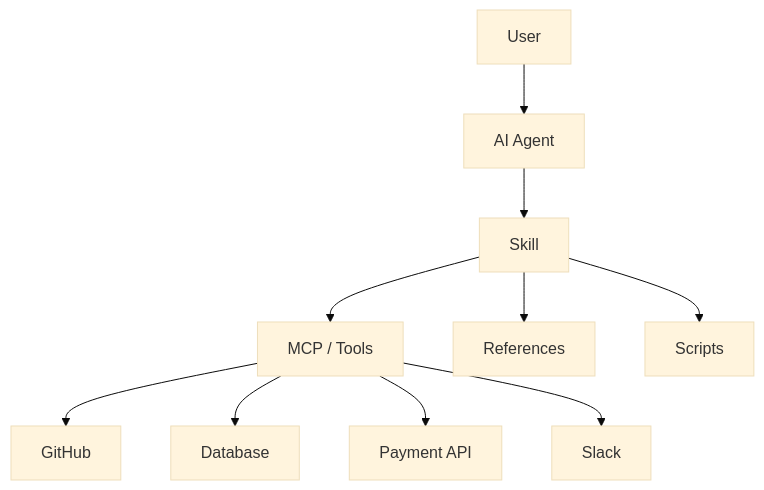
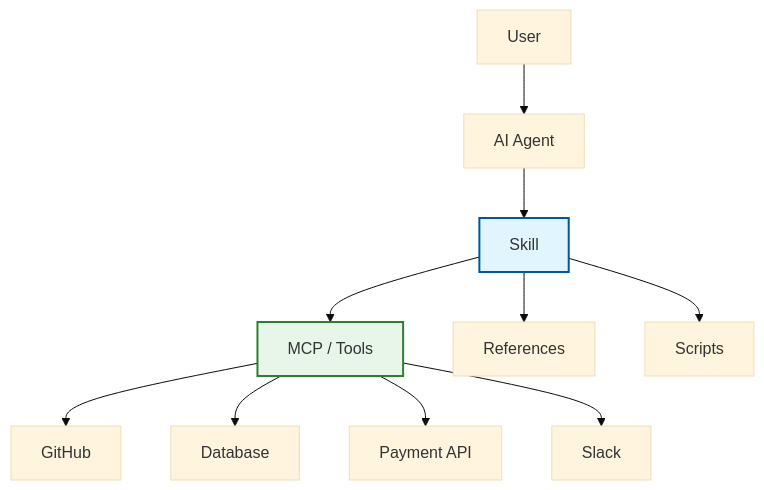
One commit to Amie-dev/FDE-and-GenAI-Mastery changed the tenth of 18 diagrams in Lecture 23 - Claude Skills/notes/04-distribution-sharing-and-api-integration.md. Above: the diagram before and after it, drawn with Mermaid (base theme). The commit also changed other lines of this file and 6 other files, not shown here.

````diff
--- a/Lecture 23 - Claude Skills/notes/04-distribution-sharing-and-api-integration.md
+++ b/Lecture 23 - Claude Skills/notes/04-distribution-sharing-and-api-integration.md
@@ -513,19 +695,23 @@
 ```mermaid
-flowchart TD
+flowchart TB
+    USER["User"]
+    AGENT["AI Agent"]
+    SKILL["Skill"]
+    MCP["MCP / Tools"]
+    REF["References"]
+    SCRIPT["Scripts"]
 
-    USER["User"]
-
-    USER --> AGENT["AI Agent"]
-
-    AGENT --> SKILL["Skill"]
-
-    SKILL --> MCP["MCP / Tools"]
+    USER --> AGENT
+    AGENT --> SKILL
+    SKILL --> MCP
+    SKILL --> REF
+    SKILL --> SCRIPT
 
     MCP --> GITHUB["GitHub"]
     MCP --> DB["Database"]
     MCP --> STRIPE["Payment API"]
     MCP --> SLACK["Slack"]
 
-    SKILL --> REF["References"]
-    SKILL --> SCRIPT["Scripts"]
+    style SKILL fill:#e1f5fe,stroke:#01579b,stroke-width:2px
+    style MCP fill:#e8f5e9,stroke:#2e7d32,stroke-width:2px
 ```
````
